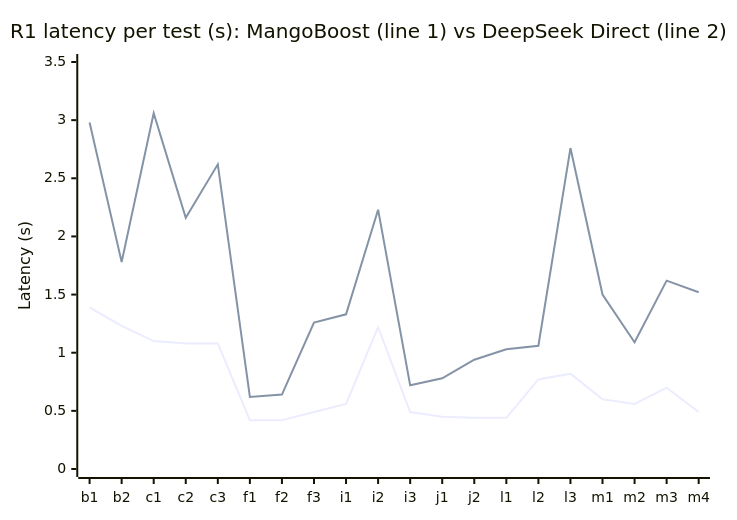
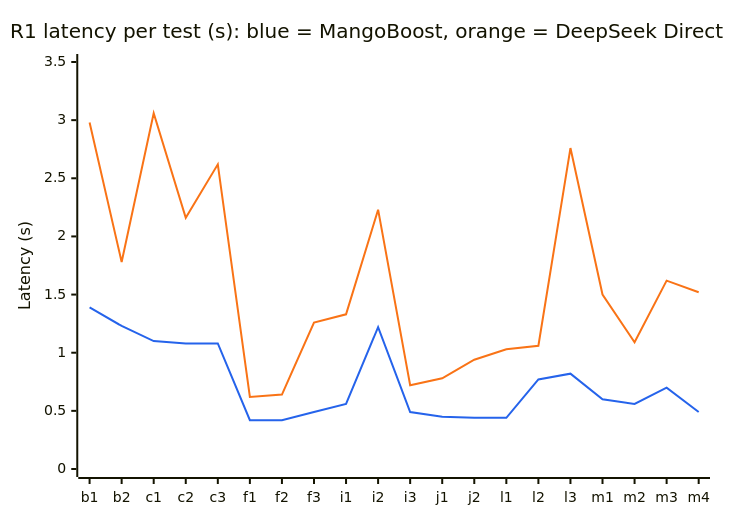
Before and after one commit to balxor/dev-null: the third of 6 diagrams in mango-vs-deepseek.md, drawn with Mermaid. The commit also changed other lines of this file, not shown here.

````diff
--- a/mango-vs-deepseek.md
+++ b/mango-vs-deepseek.md
@@ -83,8 +94,9 @@
 ```mermaid
+%%{init: {"themeVariables": {"xyChart": {"plotColorPalette": "#2563eb, #f97316"}}}}%%
 xychart-beta
-    title "R1 latency per test (s): MangoBoost (line 1) vs DeepSeek Direct (line 2)"
+    title "R1 latency per test (s): blue = MangoBoost, orange = DeepSeek Direct"
     x-axis [b1, b2, c1, c2, c3, f1, f2, f3, i1, i2, i3, j1, j2, l1, l2, l3, m1, m2, m3, m4]
     y-axis "Latency (s)" 0 --> 3.5
     line [1.39, 1.23, 1.10, 1.08, 1.08, 0.42, 0.42, 0.49, 0.56, 1.22, 0.49, 0.45, 0.44, 0.44, 0.77, 0.82, 0.60, 0.56, 0.70, 0.49]
     line [2.98, 1.78, 3.06, 2.16, 2.62, 0.62, 0.64, 1.26, 1.33, 2.23, 0.72, 0.78, 0.94, 1.03, 1.06, 2.76, 1.50, 1.09, 1.62, 1.52]
 ```
````
